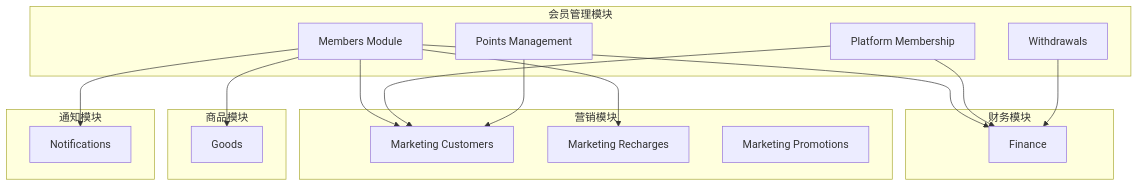
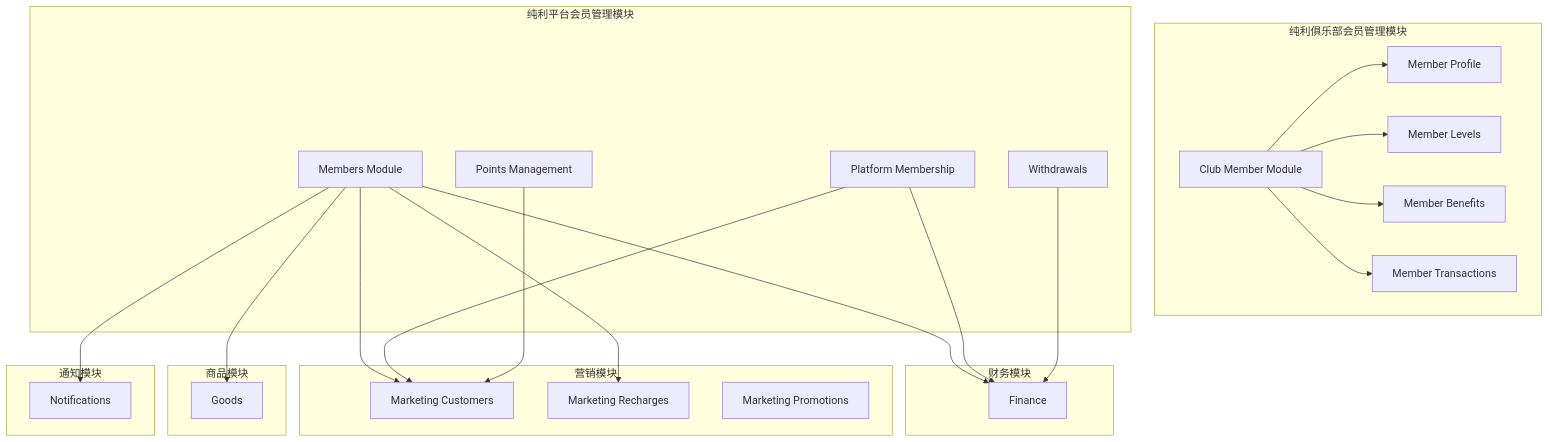
One commit to rc558620/purelyprofit-server changed diagram 12 of 13 in .qoder/repowiki/zh/content/业务模块/会员管理模块/会员管理模块.md. Above: the diagram before and after it, drawn with Mermaid. The commit also changed other lines of this file and 320 other files, not shown here.

````diff
--- a/.qoder/repowiki/zh/content/业务模块/会员管理模块/会员管理模块.md
+++ b/.qoder/repowiki/zh/content/业务模块/会员管理模块/会员管理模块.md
@@ -427,32 +579,43 @@
 ```mermaid
 graph TB
-subgraph "会员管理模块"
+subgraph "纯利俱乐部会员管理模块"
+CM[Club Member Module]
+MP[Member Profile]
+ML[Member Levels]
+MB[Member Benefits]
+MT[Member Transactions]
+end
+subgraph "纯利平台会员管理模块"
 M[Members Module]
 PM[Platform Membership]
 P[Points Management]
 W[Withdrawals]
 end
 subgraph "营销模块"
 MC[Marketing Customers]
 MR[Marketing Recharges]
-MP[Marketing Promotions]
+MPromo[Marketing Promotions]
 end
 subgraph "财务模块"
 F[Finance]
 end
 subgraph "商品模块"
 G[Goods]
 end
 subgraph "通知模块"
 N[Notifications]
 end
+CM --> MP
+CM --> ML
+CM --> MB
+CM --> MT
 M --> MC
 M --> MR
 M --> F
 M --> G
 M --> N
 PM --> MC
 PM --> F
 P --> MC
 W --> F
 ```
````
